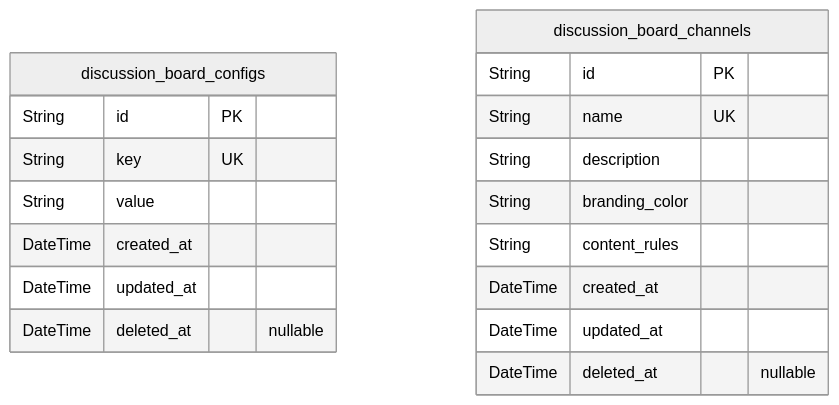
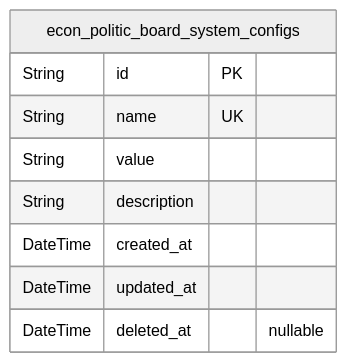
One commit to wrtnlabs/autobe-examples changed the second of 6 diagrams in qwen/qwen3-30b-a3b-thinking-2507/bbs/docs/ERD.md. Above: the diagram before and after it, drawn with Mermaid (neutral theme). The commit also changed other lines of this file and 9391 other files, not shown here.

````diff
--- a/qwen/qwen3-30b-a3b-thinking-2507/bbs/docs/ERD.md
+++ b/qwen/qwen3-30b-a3b-thinking-2507/bbs/docs/ERD.md
@@ -13,21 +351,12 @@
 ```mermaid
 erDiagram
-"discussion_board_configs" {
-  String id PK
-  String key UK
-  String value
-  DateTime created_at
-  DateTime updated_at
-  DateTime deleted_at "nullable"
-}
-"discussion_board_channels" {
+"econ_politic_board_system_configs" {
   String id PK
   String name UK
+  String value
   String description
-  String branding_color
-  String content_rules
   DateTime created_at
   DateTime updated_at
   DateTime deleted_at "nullable"
 }
 ```
````
